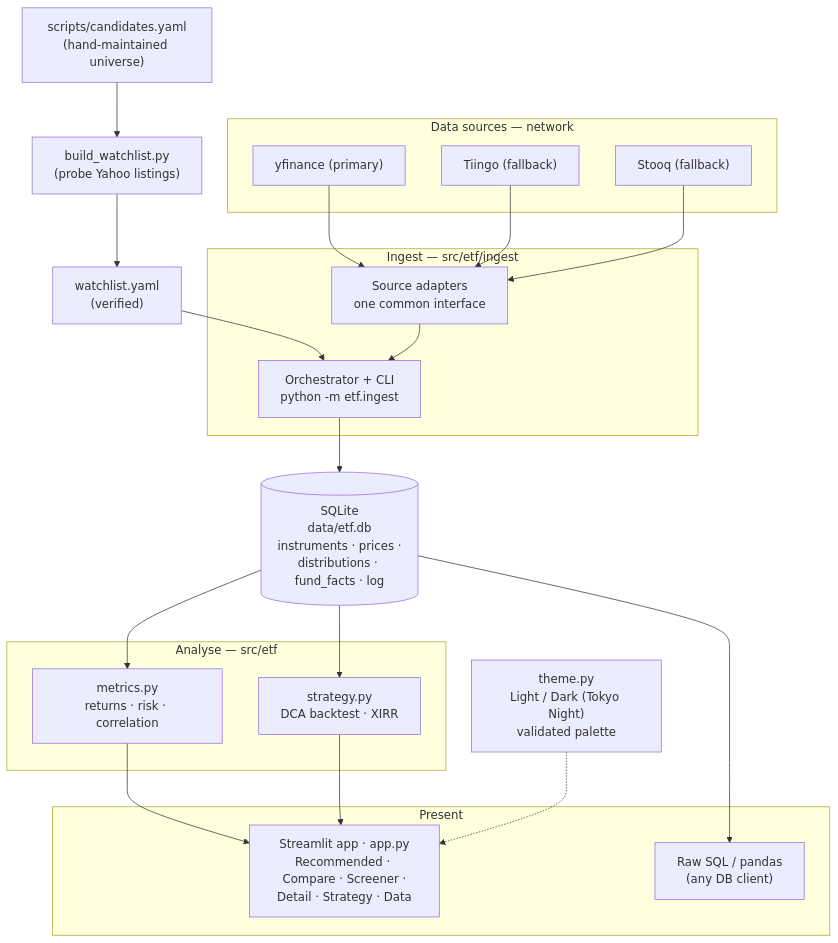
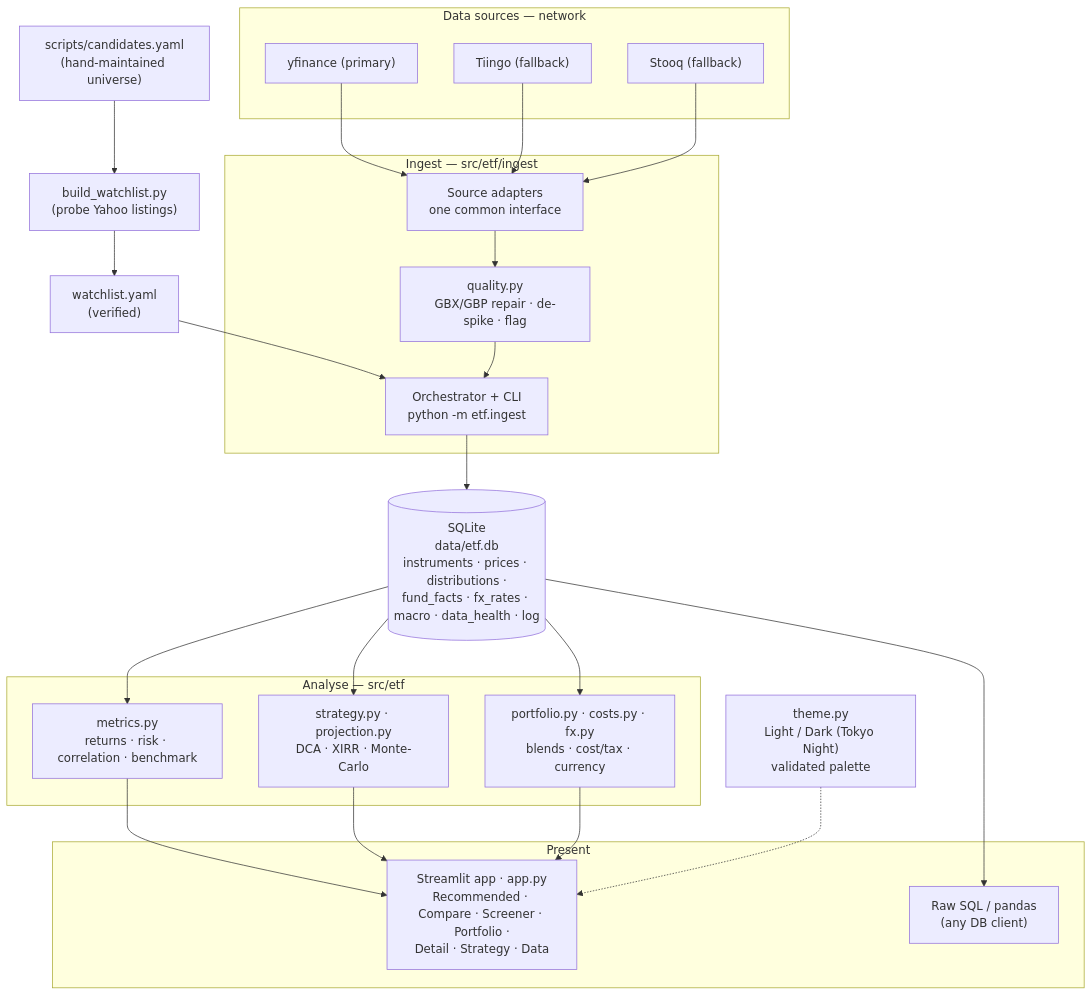
One commit to samalyarov/etf_comparison changed the diagram in README.md. Above: the diagram before and after it, drawn with Mermaid. The commit also changed other lines of this file and 1 other file, not shown here.

First line of the commit message:
Update README + Data page for the expanded feature set

````diff
--- a/README.md
+++ b/README.md
@@ -41,40 +56,43 @@
 ```mermaid
 flowchart TD
     CAND["scripts/candidates.yaml<br/>(hand-maintained universe)"] --> BW["build_watchlist.py<br/>(probe Yahoo listings)"]
     BW --> WL["watchlist.yaml<br/>(verified)"]
 
     subgraph SRC["Data sources — network"]
         Y["yfinance (primary)"]
         TI["Tiingo (fallback)"]
         ST["Stooq (fallback)"]
     end
 
     subgraph ING["Ingest — src/etf/ingest"]
         AD["Source adapters<br/>one common interface"]
         ORC["Orchestrator + CLI<br/>python -m etf.ingest"]
+        QC["quality.py<br/>GBX/GBP repair · de-spike · flag"]
     end
 
-    DB[("SQLite<br/>data/etf.db<br/>instruments · prices ·<br/>distributions · fund_facts · log")]
+    DB[("SQLite<br/>data/etf.db<br/>instruments · prices · distributions ·<br/>fund_facts · fx_rates · macro · data_health · log")]
 
     subgraph ANA["Analyse — src/etf"]
-        MET["metrics.py<br/>returns · risk · correlation"]
-        STR["strategy.py<br/>DCA backtest · XIRR"]
+        MET["metrics.py<br/>returns · risk · correlation · benchmark"]
+        STR["strategy.py · projection.py<br/>DCA · XIRR · Monte-Carlo"]
+        POR["portfolio.py · costs.py · fx.py<br/>blends · cost/tax · currency"]
     end
 
     subgraph PRE["Present"]
-        UI["Streamlit app · app.py<br/>Recommended · Compare · Screener ·<br/>Detail · Strategy · Data"]
+        UI["Streamlit app · app.py<br/>Recommended · Compare · Screener · Portfolio ·<br/>Detail · Strategy · Data"]
         RAW["Raw SQL / pandas<br/>(any DB client)"]
     end
 
     THEME["theme.py<br/>Light / Dark (Tokyo Night)<br/>validated palette"]
 
     WL --> ORC
     Y --> AD
     TI --> AD
     ST --> AD
-    AD --> ORC --> DB
+    AD --> QC --> ORC --> DB
     DB --> MET --> UI
     DB --> STR --> UI
+    DB --> POR --> UI
     DB --> RAW
     THEME -.-> UI
 ```
````
